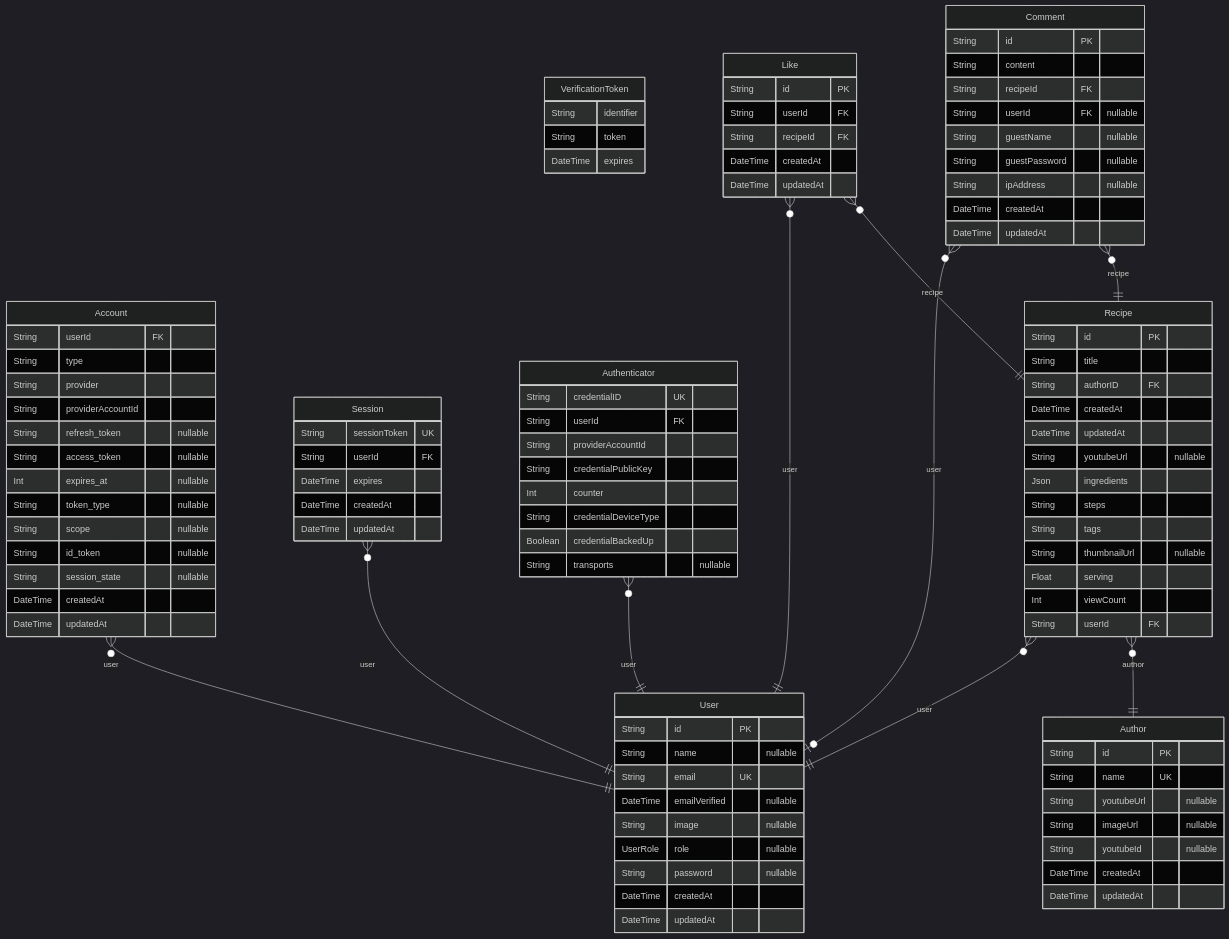
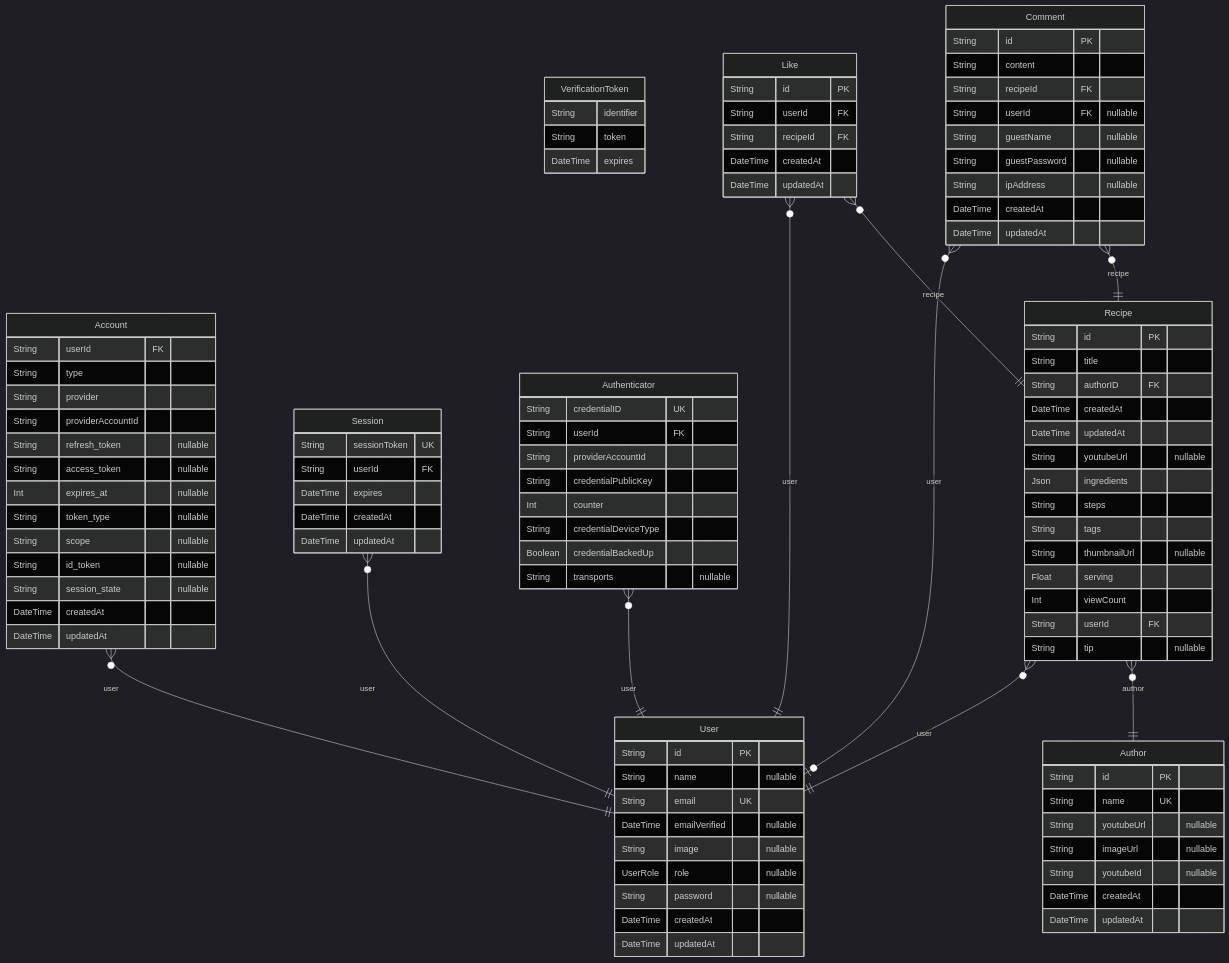
One commit to jinhwansuh/recipe changed the diagram in ERD.md. Above: the diagram before and after it, drawn with Mermaid (dark theme). The commit also changed other lines of this file and 15 other files, not shown here.

```diff
--- a/ERD.md
+++ b/ERD.md
@@ -68,6 +68,7 @@
   Float serving
   Int viewCount
   String userId FK
+  String tip "nullable"
 }
 "Author" {
   String id PK
```
